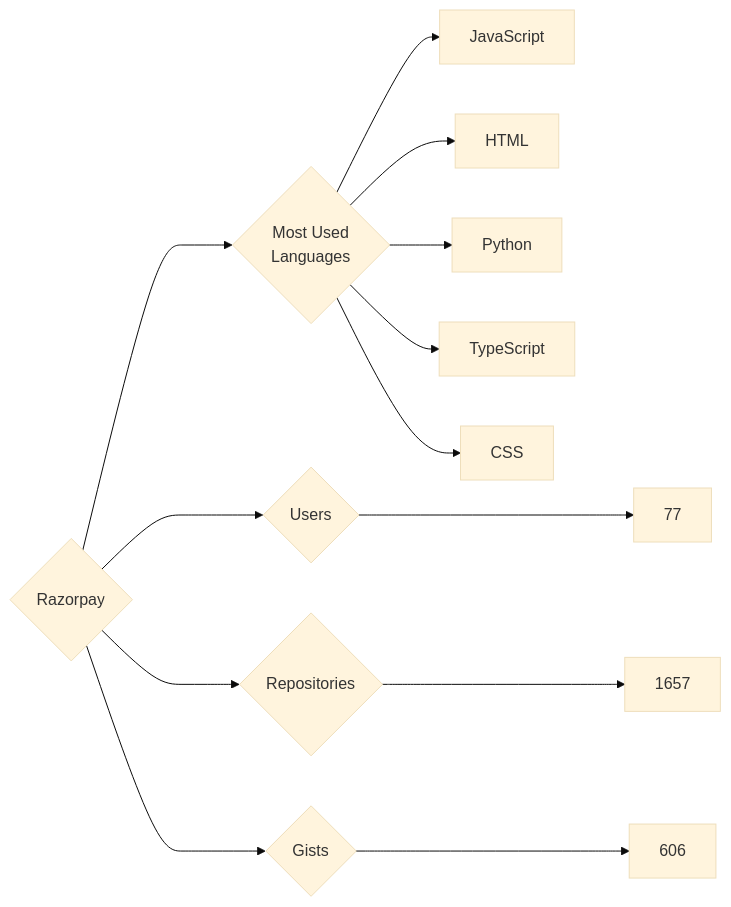
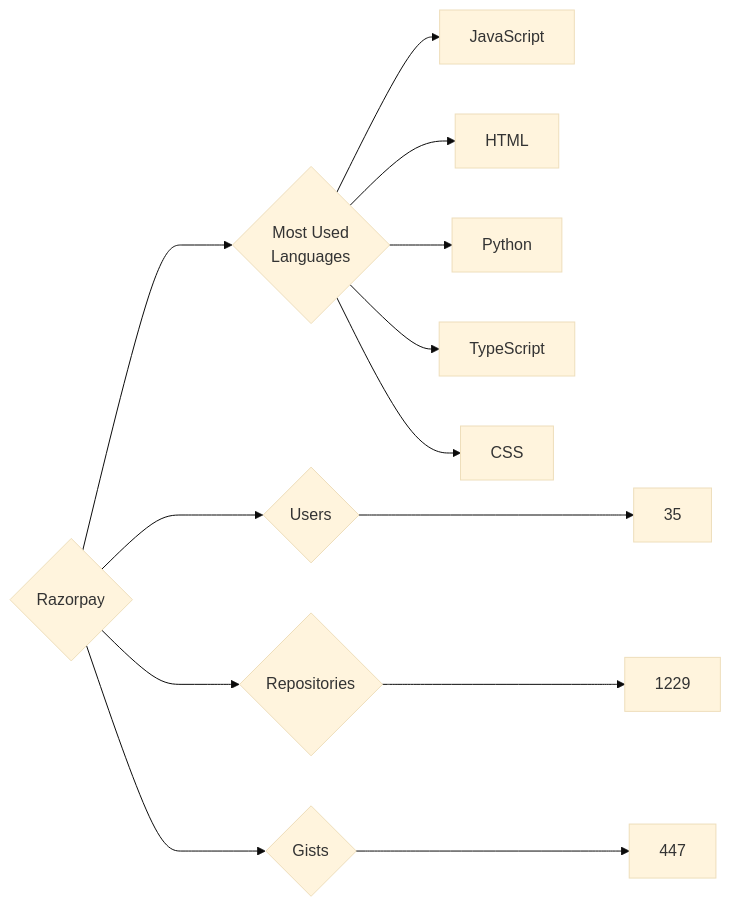
Before and after one commit to trickest/insiders: the diagram in targets/Razorpay/README.md, drawn with Mermaid (base theme). The commit also changed 965 other files, not shown here.

````diff
--- a/targets/Razorpay/README.md
+++ b/targets/Razorpay/README.md
@@ -3,13 +3,13 @@
 ```mermaid
 graph LR
 COMPANY_NAME{Razorpay}
-COMPANY_NAME ---> U{Users} ---> UN[77]
-COMPANY_NAME ---> R{Repositories} ---> RN[1657]
-COMPANY_NAME ---> G{Gists} ---> GN[606]
+COMPANY_NAME ---> U{Users} ---> UN[35]
+COMPANY_NAME ---> R{Repositories} ---> RN[1229]
+COMPANY_NAME ---> G{Gists} ---> GN[447]
 COMPANY_NAME ---> ML{Most Used<br>Languages}
 ML --> JavaScript[JavaScript]
 ML --> HTML[HTML]
 ML --> Python[Python]
 ML --> TypeScript[TypeScript]
 ML --> CSS[CSS]
 ```
````
